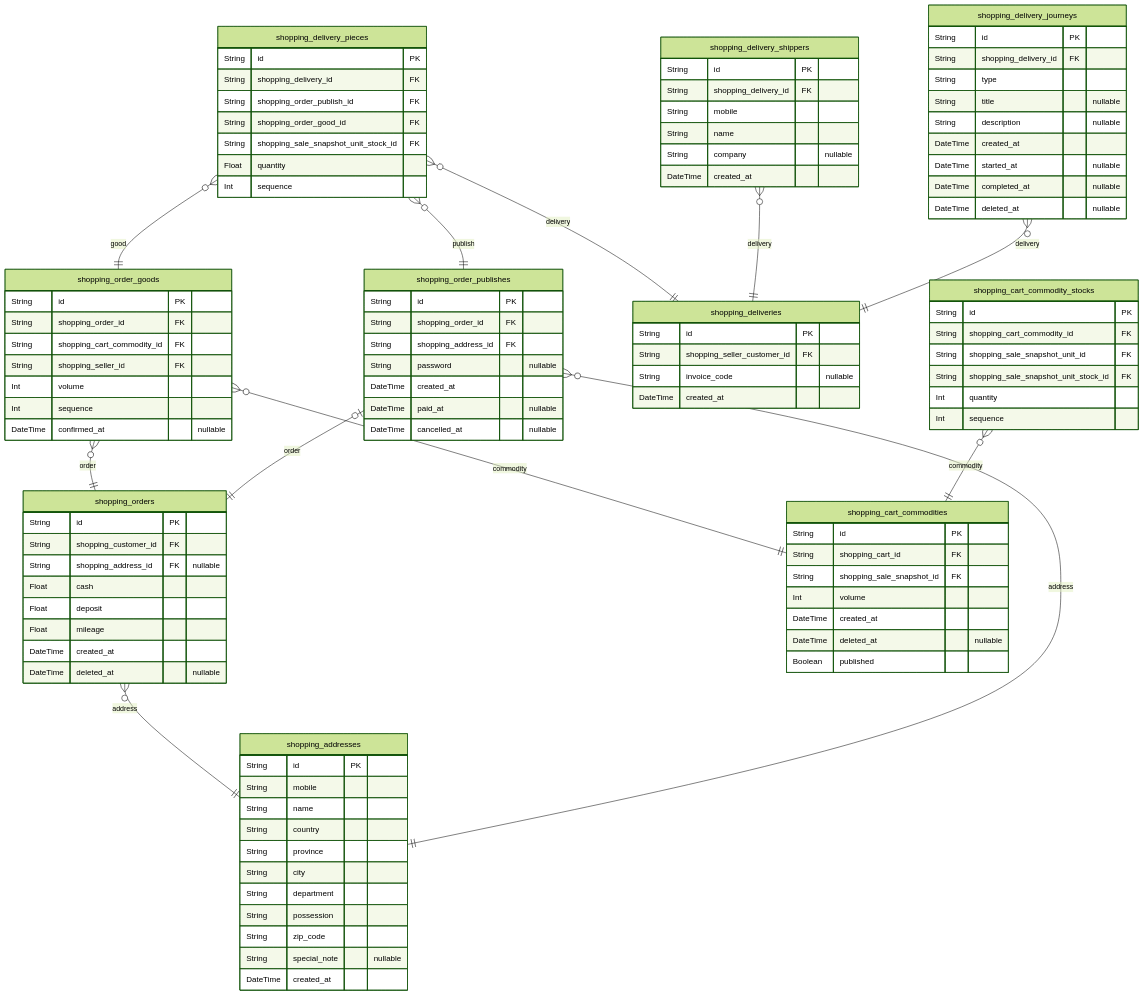
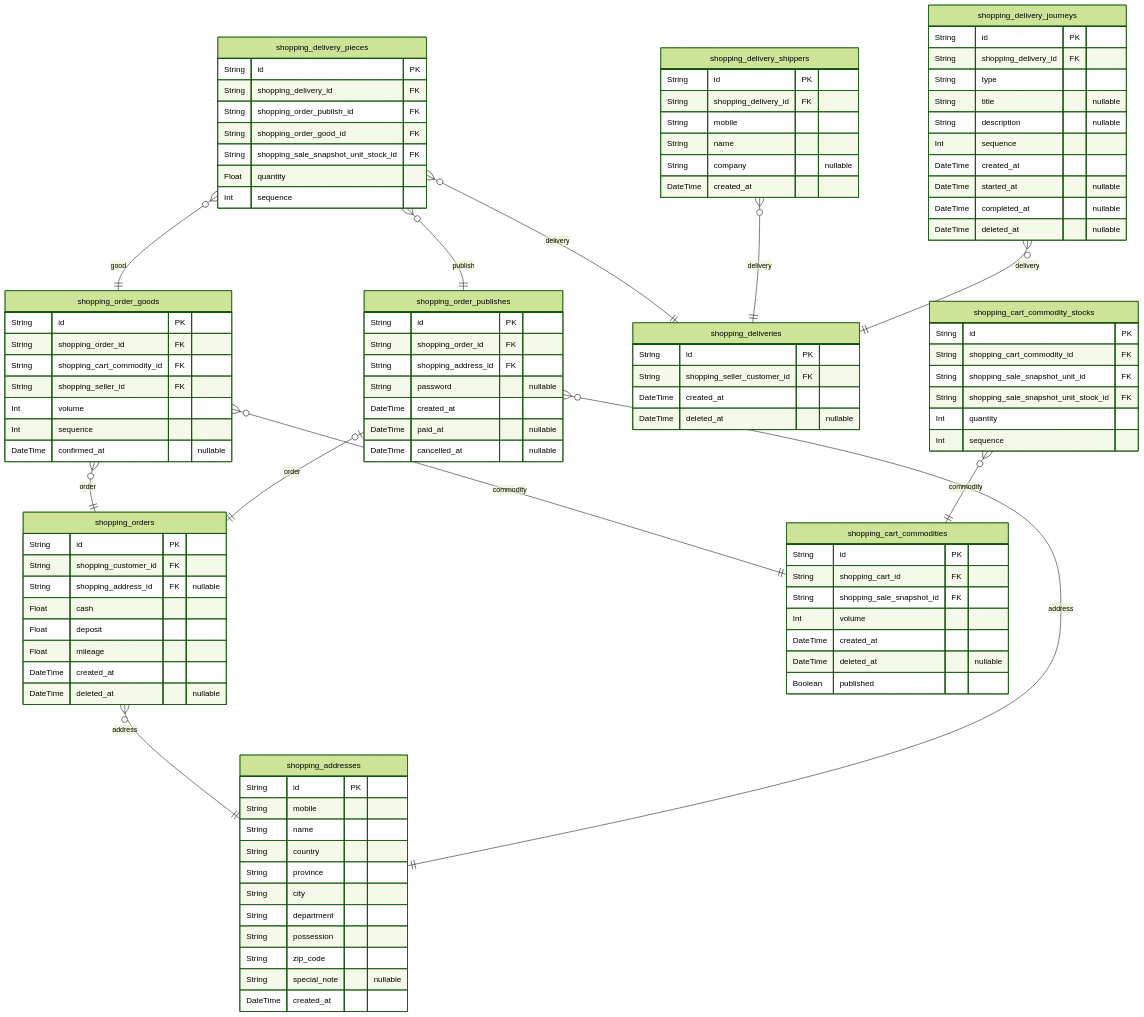
The sixth of 10 diagrams in docs/ERD.md (samchon/shopping-backend), drawn with Mermaid (forest theme) before and after one commit. The commit also changed other lines of this file and 29 other files, not shown here.

```diff
--- a/docs/ERD.md
+++ b/docs/ERD.md
@@ -1457,8 +1457,8 @@
 "shopping_deliveries" {
     String id PK
     String shopping_seller_customer_id FK
-    String invoice_code "nullable"
     DateTime created_at
+    DateTime deleted_at "nullable"
 }
 "shopping_delivery_pieces" {
     String id PK
@@ -1483,6 +1483,7 @@
     String type
     String title "nullable"
     String description "nullable"
+    Int sequence
     DateTime created_at
     DateTime started_at "nullable"
     DateTime completed_at "nullable"
```
